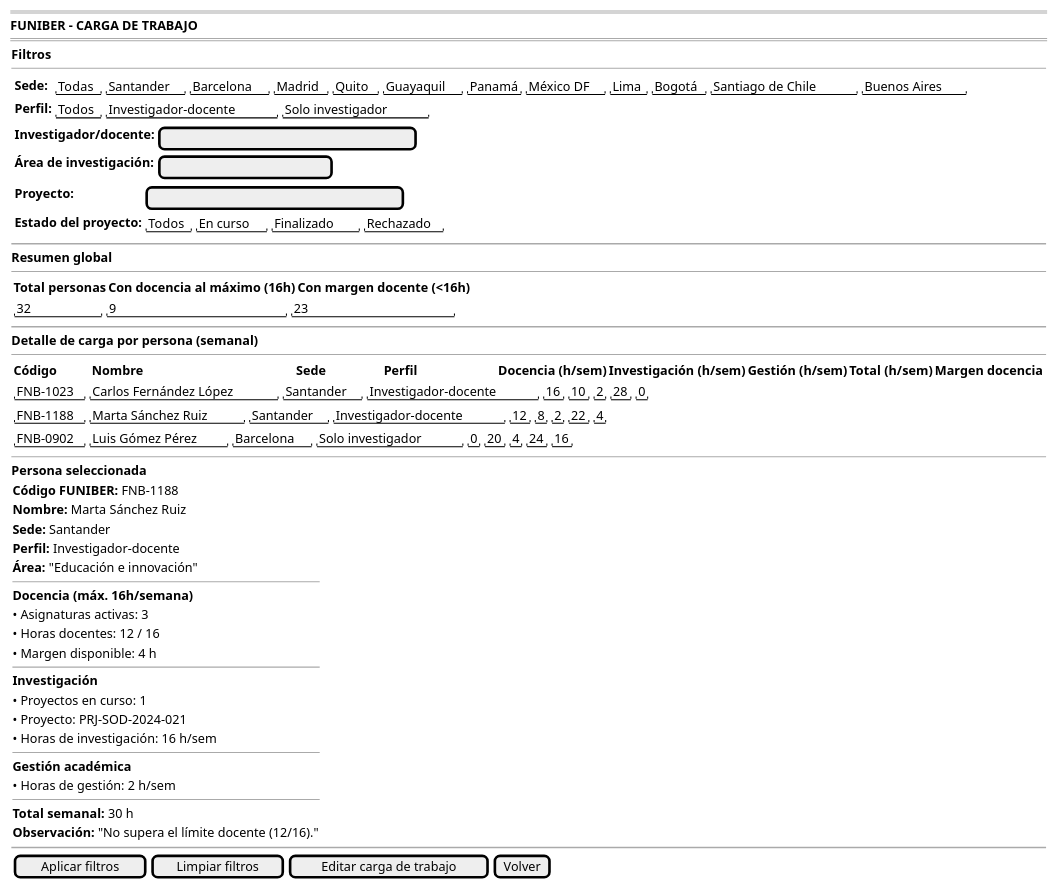
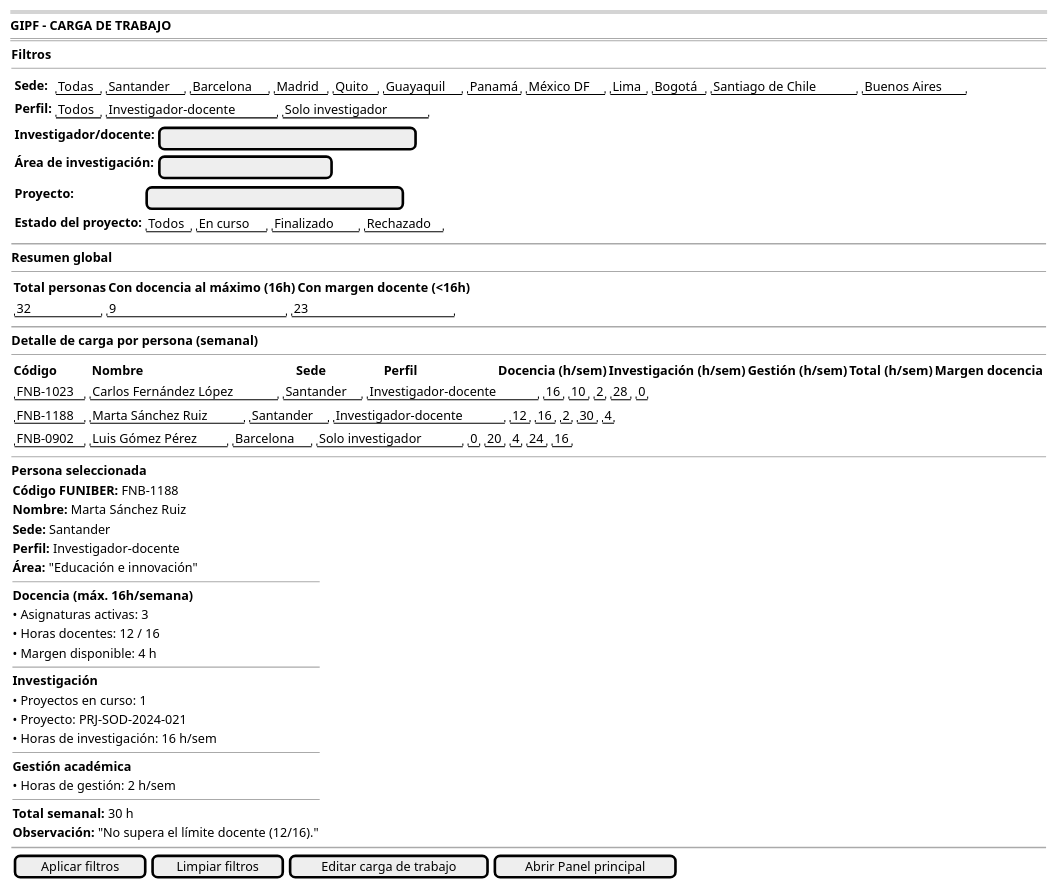
One commit to 31Diego/25-26-IdSw1-SdR changed the diagram in documents/casosDeUso/detalle/coordinador/06-carga-trabajo/abrirOpcionesCargaTrabajo/prototipo/prototipo.puml. Above: the diagram before and after it, drawn with PlantUML. The commit also changed 69 other files, not shown here.

```diff
--- a/documents/casosDeUso/detalle/coordinador/06-carga-trabajo/abrirOpcionesCargaTrabajo/prototipo/prototipo.puml
+++ b/documents/casosDeUso/detalle/coordinador/06-carga-trabajo/abrirOpcionesCargaTrabajo/prototipo/prototipo.puml
@@ -1,79 +1,79 @@
 @startsalt abrirOpcionesCargaTrabajo-wireframe
 {
     ====
-    <b>FUNIBER - CARGA DE TRABAJO</b>
+    <b>GIPF - CARGA DE TRABAJO</b>
     ====
 
     {
         <b>Filtros</b>
         --
         {
             {
             {<b>Sede:</b> | { "Todas" | "Santander" | "Barcelona" | "Madrid" | "Quito" | "Guayaquil" | "Panamá" | "México DF" | "Lima" | "Bogotá" | "Santiago de Chile" | "Buenos Aires"  }
             <b>Perfil:</b> | { "Todos" | "Investigador-docente" | "Solo investigador" }}
 
             {<b>Investigador/docente:</b> | [                              ]
             <b>Área de investigación:</b> | [                    ]}
 
             {<b>Proyecto:</b> | [                              ]
             <b>Estado del proyecto:</b> | { "Todos" | "En curso" | "Finalizado" | "Rechazado" }}
             }
         }
 
         ~~
 
         <b>Resumen global</b>
         --
         {
             {<b>Total personas</b> | <b>Con docencia al máximo (16h)</b> | <b>Con margen docente (<16h)</b>}
             {"32        " | "9                    " | "23                 "}
         }
 
         ~~
 
         <b>Detalle de carga por persona (semanal)</b>
         --
         {
             {<b>Código          </b> | <b>Nombre                                              </b> | <b>Sede                 </b> | <b>Perfil                        </b> | <b>Docencia (h/sem)</b> | <b>Investigación (h/sem)</b> | <b>Gestión (h/sem)</b> | <b>Total (h/sem)</b> | <b>Margen docencia</b>}
             {"FNB-1023" | "Carlos Fernández López" | "Santander" | "Investigador-docente" | "16" | "10" | "2" | "28" | "0"}
-            {"FNB-1188" | "Marta Sánchez Ruiz"     | "Santander" | "Investigador-docente" | "12" | "8"  | "2" | "22" | "4"}
+            {"FNB-1188" | "Marta Sánchez Ruiz"     | "Santander" | "Investigador-docente" | "12" | "16"  | "2" | "30" | "4"}
             {"FNB-0902" | "Luis Gómez Pérez"       | "Barcelona" | "Solo investigador"     | "0"  | "20" | "4" | "24" | "16"}
         }
 
         --
 
         <b>Persona seleccionada</b>
         {
             <b>Código FUNIBER:</b> FNB-1188
             <b>Nombre:</b> Marta Sánchez Ruiz
             <b>Sede:</b> Santander
             <b>Perfil:</b> Investigador-docente
             <b>Área:</b> "Educación e innovación"
 
             --
             <b>Docencia (máx. 16h/semana)</b>
             • Asignaturas activas: 3
             • Horas docentes: 12 / 16
             • Margen disponible: 4 h
 
             --
             <b>Investigación</b>
             • Proyectos en curso: 1
             • Proyecto: PRJ-SOD-2024-021
             • Horas de investigación: 16 h/sem
 
             --
             <b>Gestión académica</b>
             • Horas de gestión: 2 h/sem
 
             --
             <b>Total semanal:</b> 30 h
             <b>Observación:</b> "No supera el límite docente (12/16)."
         }
 
         ~~
 
-        {[Aplicar filtros] | [Limpiar filtros] | [Editar carga de trabajo] | [Volver]}
+        {[Aplicar filtros] | [Limpiar filtros] | [Editar carga de trabajo] | [Abrir Panel principal]}
     }
 }
 @endsalt
```
